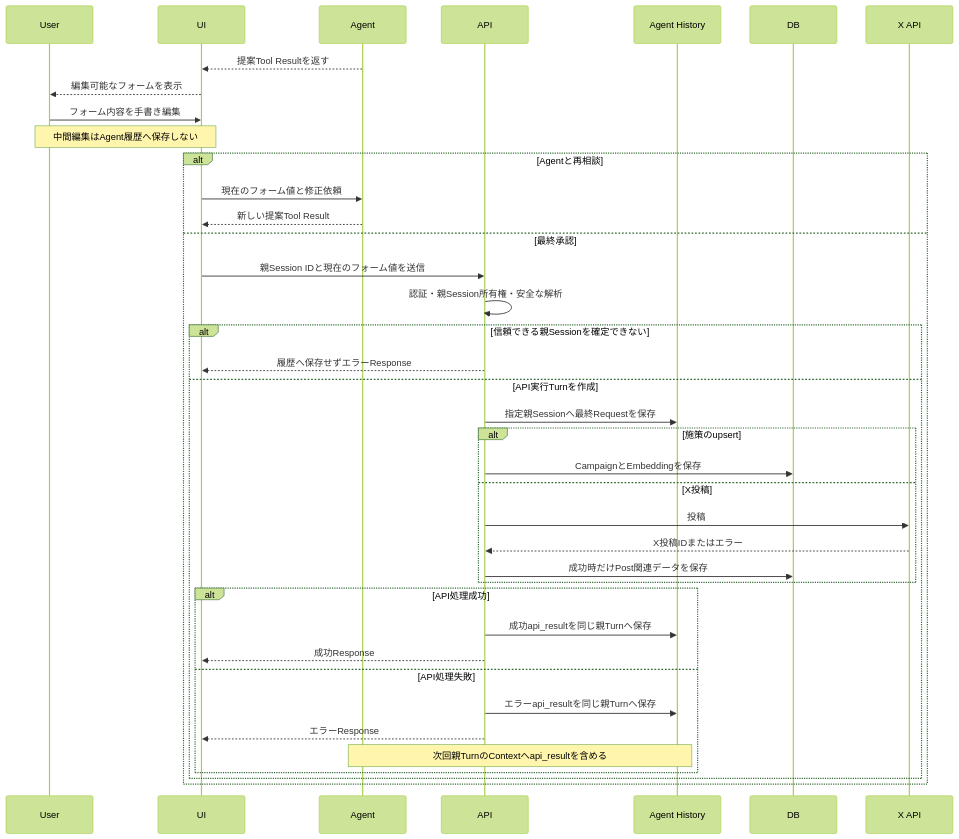
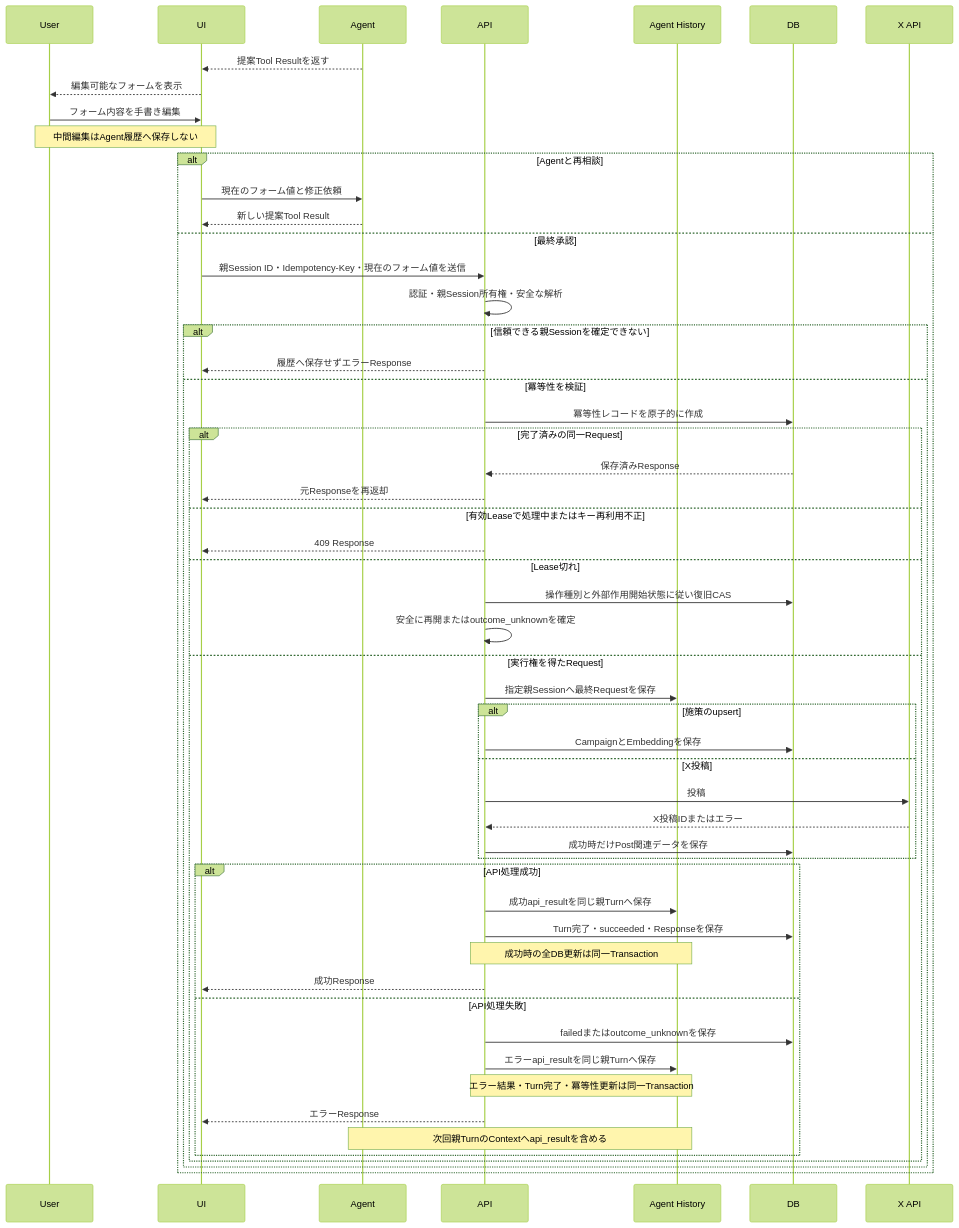
The second of 2 diagrams in docs/v.0.1/API_DESIGN.md (nishimura-yuma77/hiromeru), drawn with Mermaid (forest theme) before and after one commit. The commit also changed other lines of this file and 4 other files, not shown here.

````diff
--- a/docs/v.0.1/API_DESIGN.md
+++ b/docs/v.0.1/API_DESIGN.md
@@ -340,42 +409,57 @@
 ```mermaid
 sequenceDiagram
     participant U as User
     participant UI
     participant A as Agent
     participant API
     participant H as Agent History
     participant DB
     participant X as X API
 
     A-->>UI: 提案Tool Resultを返す
     UI-->>U: 編集可能なフォームを表示
     U->>UI: フォーム内容を手書き編集
     Note over U,UI: 中間編集はAgent履歴へ保存しない
     alt Agentと再相談
         UI->>A: 現在のフォーム値と修正依頼
         A-->>UI: 新しい提案Tool Result
     else 最終承認
-        UI->>API: 親Session IDと現在のフォーム値を送信
+        UI->>API: 親Session ID・Idempotency-Key・現在のフォーム値を送信
         API->>API: 認証・親Session所有権・安全な解析
         alt 信頼できる親Sessionを確定できない
             API-->>UI: 履歴へ保存せずエラーResponse
-        else API実行Turnを作成
-            API->>H: 指定親Sessionへ最終Requestを保存
-            alt 施策のupsert
-                API->>DB: CampaignとEmbeddingを保存
-            else X投稿
-                API->>X: 投稿
-                X-->>API: X投稿IDまたはエラー
-                API->>DB: 成功時だけPost関連データを保存
-            end
-            alt API処理成功
-                API->>H: 成功api_resultを同じ親Turnへ保存
-                API-->>UI: 成功Response
-            else API処理失敗
-                API->>H: エラーapi_resultを同じ親Turnへ保存
-                API-->>UI: エラーResponse
-                Note over A,H: 次回親TurnのContextへapi_resultを含める
+        else 冪等性を検証
+            API->>DB: 冪等性レコードを原子的に作成
+            alt 完了済みの同一Request
+                DB-->>API: 保存済みResponse
+                API-->>UI: 元Responseを再返却
+            else 有効Leaseで処理中またはキー再利用不正
+                API-->>UI: 409 Response
+            else Lease切れ
+                API->>DB: 操作種別と外部作用開始状態に従い復旧CAS
+                API->>API: 安全に再開またはoutcome_unknownを確定
+            else 実行権を得たRequest
+                API->>H: 指定親Sessionへ最終Requestを保存
+                alt 施策のupsert
+                    API->>DB: CampaignとEmbeddingを保存
+                else X投稿
+                    API->>X: 投稿
+                    X-->>API: X投稿IDまたはエラー
+                    API->>DB: 成功時だけPost関連データを保存
+                end
+                alt API処理成功
+                    API->>H: 成功api_resultを同じ親Turnへ保存
+                    API->>DB: Turn完了・succeeded・Responseを保存
+                    Note over API,H: 成功時の全DB更新は同一Transaction
+                    API-->>UI: 成功Response
+                else API処理失敗
+                    API->>DB: failedまたはoutcome_unknownを保存
+                    API->>H: エラーapi_resultを同じ親Turnへ保存
+                    Note over API,H: エラー結果・Turn完了・冪等性更新は同一Transaction
+                    API-->>UI: エラーResponse
+                    Note over A,H: 次回親TurnのContextへapi_resultを含める
+                end
             end
         end
     end
 ```
````
